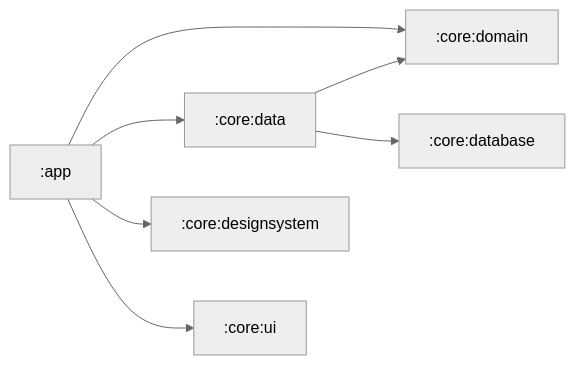
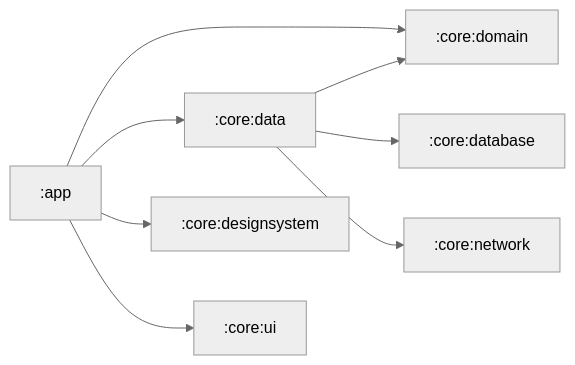
Before and after one commit to farzadazimipour/custorix-android: the diagram in README.md, drawn with Mermaid. The commit also changed 5 other files, not shown here.

Commit message:
Added :core:network module

````diff
--- a/README.md
+++ b/README.md
@@ -23,15 +23,16 @@
 ```mermaid
 %%{
   init: {
     'theme': 'neutral'
   }
 }%%
 
 graph LR
   :core:data --> :core:domain
   :core:data --> :core:database
+  :core:data --> :core:network
   :app --> :core:domain
   :app --> :core:data
   :app --> :core:designsystem
   :app --> :core:ui
 ```
````
